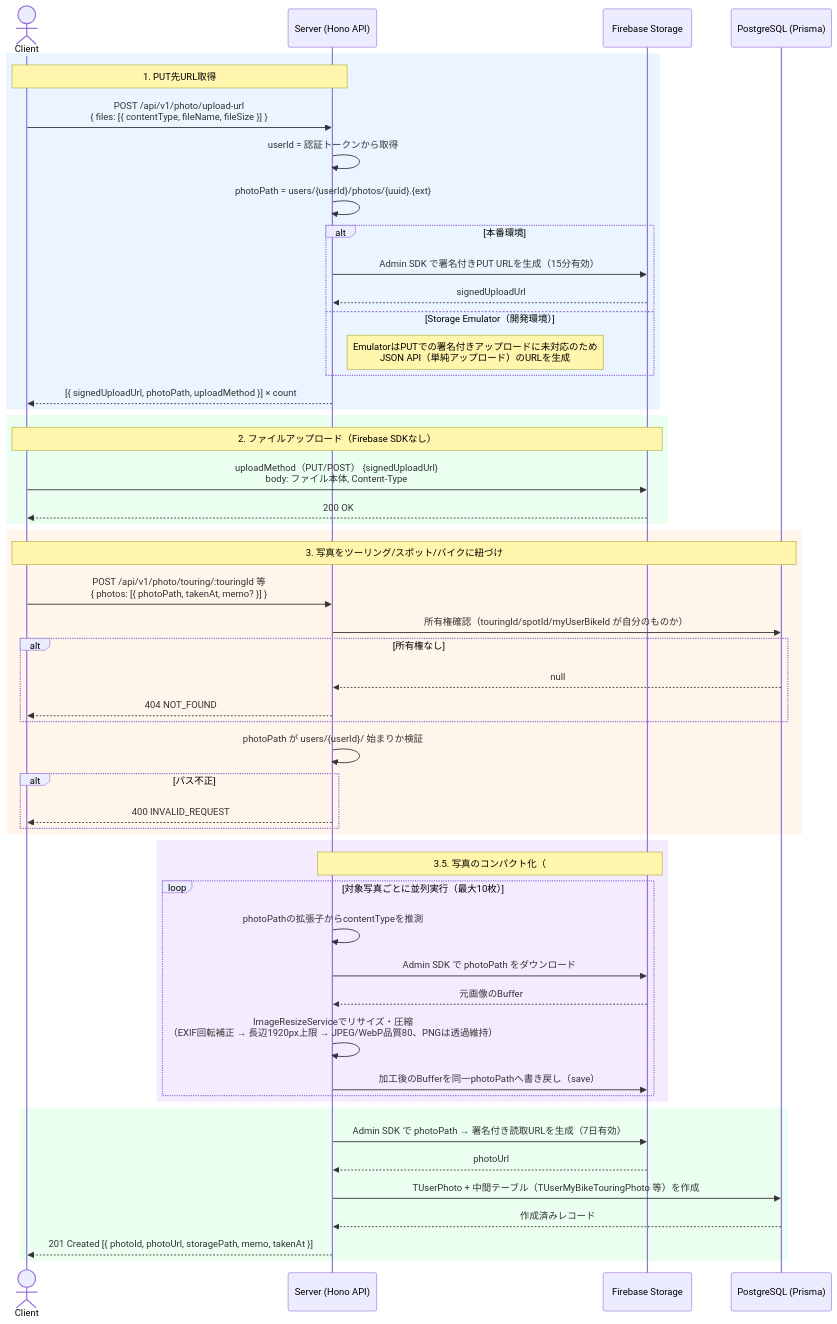
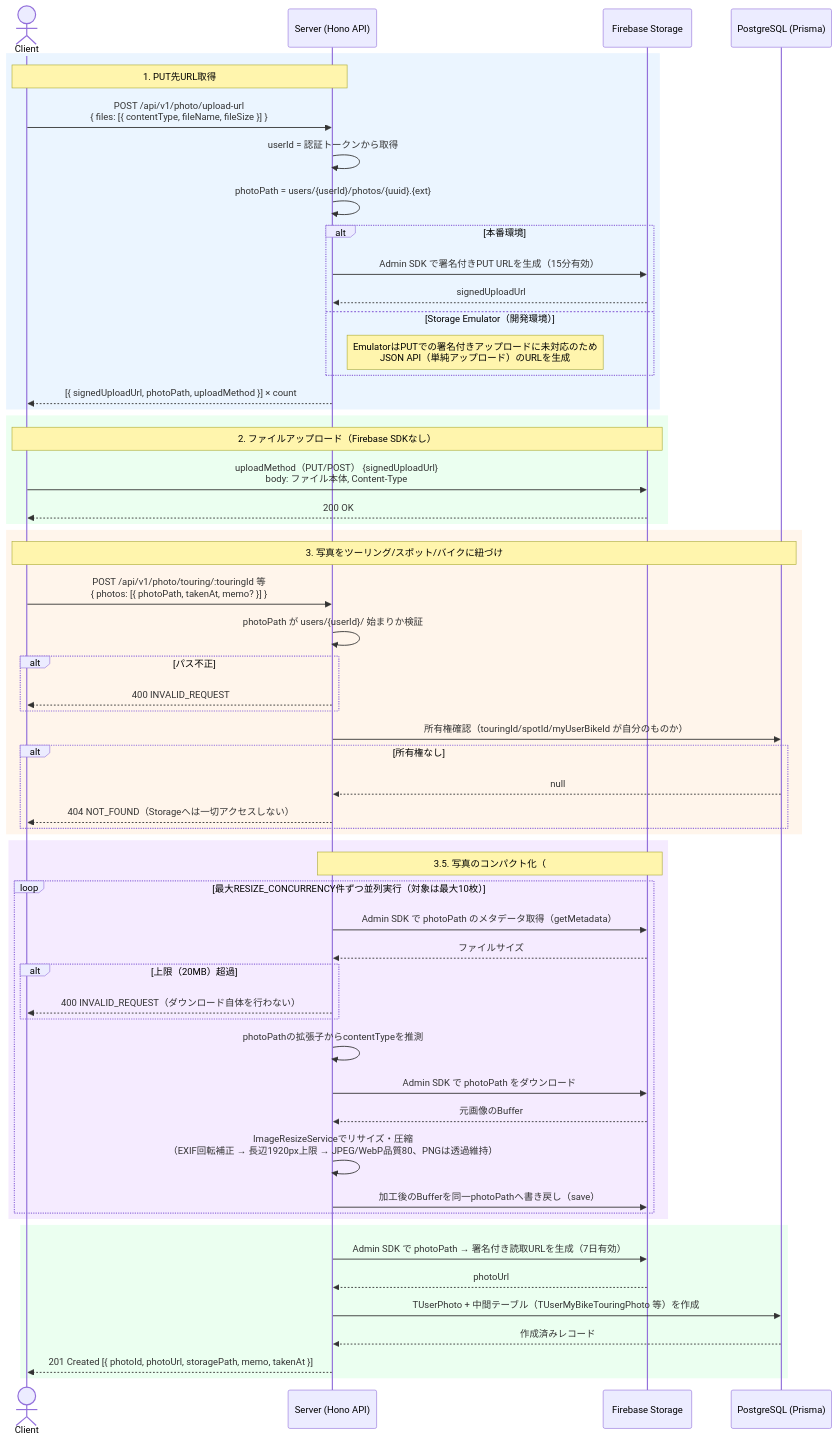
One commit to sakho13/moto-reco changed the first of 3 diagrams in development/docs/02_design/photo_upload.md. Above: the diagram before and after it, drawn with Mermaid. The commit also changed other lines of this file and 6 other files, not shown here.

````diff
--- a/development/docs/02_design/photo_upload.md
+++ b/development/docs/02_design/photo_upload.md
@@ -18,60 +18,65 @@
 ```mermaid
 sequenceDiagram
     actor Client
     participant Server as Server (Hono API)
     participant Storage as Firebase Storage
     participant DB as PostgreSQL (Prisma)
 
     rect rgb(235, 245, 255)
     Note over Client,Server: 1. PUT先URL取得
     Client->>Server: POST /api/v1/photo/upload-url<br/>{ files: [{ contentType, fileName, fileSize }] }
     Server->>Server: userId = 認証トークンから取得
     Server->>Server: photoPath = users/{userId}/photos/{uuid}.{ext}
     alt 本番環境
         Server->>Storage: Admin SDK で署名付きPUT URLを生成（15分有効）
         Storage-->>Server: signedUploadUrl
     else Storage Emulator（開発環境）
         Note right of Server: EmulatorはPUTでの署名付きアップロードに未対応のため<br/>JSON API（単純アップロード）のURLを生成
     end
     Server-->>Client: [{ signedUploadUrl, photoPath, uploadMethod }] × count
     end
 
     rect rgb(235, 255, 240)
     Note over Client,Storage: 2. ファイルアップロード（Firebase SDKなし）
     Client->>Storage: uploadMethod（PUT/POST） {signedUploadUrl}<br/>body: ファイル本体, Content-Type
     Storage-->>Client: 200 OK
     end
 
     rect rgb(255, 245, 235)
     Note over Client,DB: 3. 写真をツーリング/スポット/バイクに紐づけ
     Client->>Server: POST /api/v1/photo/touring/:touringId 等<br/>{ photos: [{ photoPath, takenAt, memo? }] }
-    Server->>DB: 所有権確認（touringId/spotId/myUserBikeId が自分のものか）
-    alt 所有権なし
-        DB-->>Server: null
-        Server-->>Client: 404 NOT_FOUND
-    end
     Server->>Server: photoPath が users/{userId}/ 始まりか検証
     alt パス不正
         Server-->>Client: 400 INVALID_REQUEST
     end
+    Server->>DB: 所有権確認（touringId/spotId/myUserBikeId が自分のものか）
+    alt 所有権なし
+        DB-->>Server: null
+        Server-->>Client: 404 NOT_FOUND（Storageへは一切アクセスしない）
+    end
     end
 
     rect rgb(245, 235, 255)
-    Note over Server,Storage: 3.5. 写真のコンパクト化（#560）
-    loop 対象写真ごとに並列実行（最大10枚）
+    Note over Server,Storage: 3.5. 写真のコンパクト化（#560）<br/>所有権確認を通過した後にのみ実行
+    loop 最大RESIZE_CONCURRENCY件ずつ並列実行（対象は最大10枚）
+        Server->>Storage: Admin SDK で photoPath のメタデータ取得（getMetadata）
+        Storage-->>Server: ファイルサイズ
+        alt 上限（20MB）超過
+            Server-->>Client: 400 INVALID_REQUEST（ダウンロード自体を行わない）
+        end
         Server->>Server: photoPathの拡張子からcontentTypeを推測
         Server->>Storage: Admin SDK で photoPath をダウンロード
         Storage-->>Server: 元画像のBuffer
         Server->>Server: ImageResizeServiceでリサイズ・圧縮<br/>（EXIF回転補正 → 長辺1920px上限 → JPEG/WebP品質80、PNGは透過維持）
         Server->>Storage: 加工後のBufferを同一photoPathへ書き戻し（save）
     end
     end
 
     rect rgb(235, 255, 240)
     Server->>Storage: Admin SDK で photoPath → 署名付き読取URLを生成（7日有効）
     Storage-->>Server: photoUrl
     Server->>DB: TUserPhoto + 中間テーブル（TUserMyBikeTouringPhoto 等）を作成
     DB-->>Server: 作成済みレコード
     Server-->>Client: 201 Created [{ photoId, photoUrl, storagePath, memo, takenAt }]
     end
 ```
````
